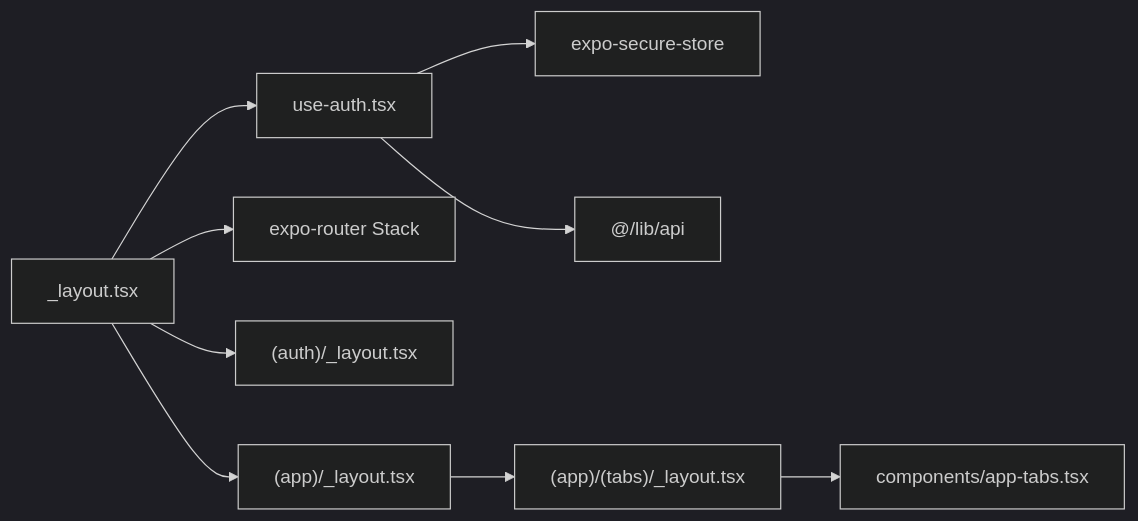
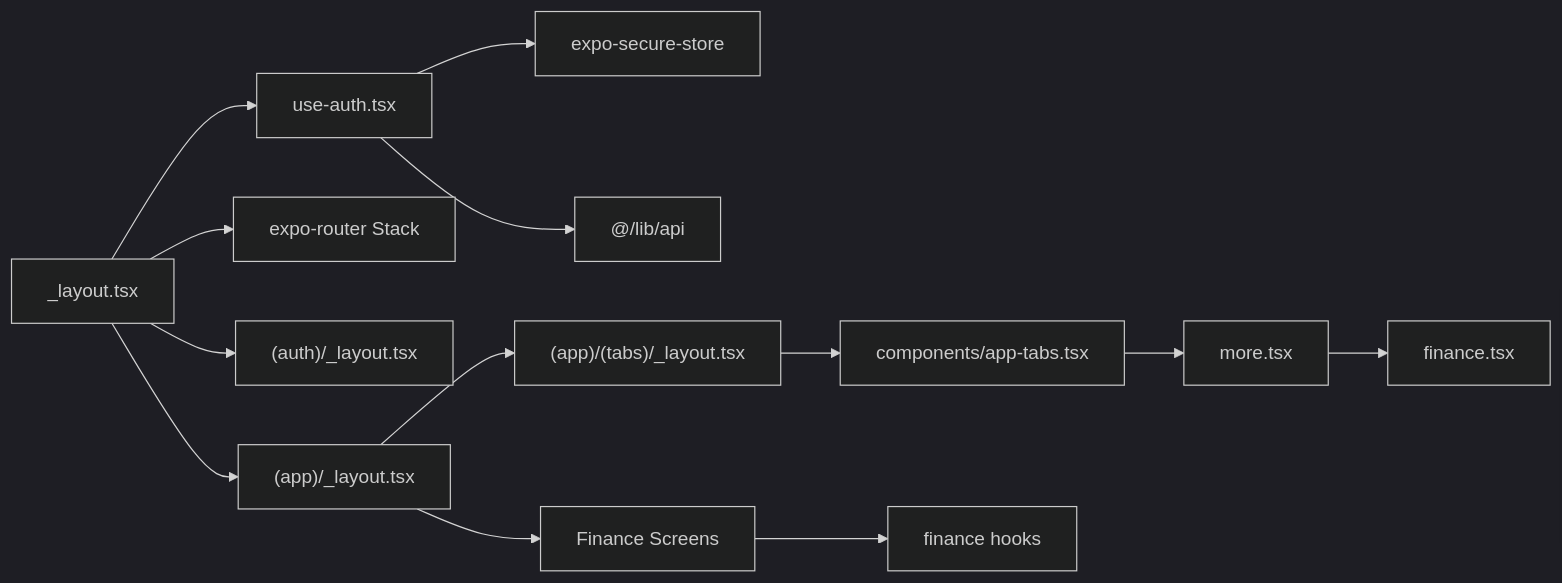
Before and after one commit to Muhammad-Masood/tijarah-ai-app: the eighth of 8 diagrams in .qoder/repowiki/en/content/Architecture Overview/Navigation Architecture.md, drawn with Mermaid (dark theme). The commit also changed other lines of this file and 25 other files, not shown here.

````diff
--- a/.qoder/repowiki/en/content/Architecture Overview/Navigation Architecture.md
+++ b/.qoder/repowiki/en/content/Architecture Overview/Navigation Architecture.md
@@ -277,11 +370,15 @@
 ```mermaid
 graph LR
 Root["_layout.tsx"] --> AuthProvider["use-auth.tsx"]
 Root --> Stack["expo-router Stack"]
 AuthProvider --> SecureStore["expo-secure-store"]
 AuthProvider --> API["@/lib/api"]
 Root --> AuthGroup["(auth)/_layout.tsx"]
 Root --> AppGroup["(app)/_layout.tsx"]
 AppGroup --> TabsGroup["(app)/(tabs)/_layout.tsx"]
+AppGroup --> FinanceModule["Finance Screens"]
 TabsGroup --> TabsComp["components/app-tabs.tsx"]
+TabsComp --> MoreTab["more.tsx"]
+MoreTab --> FinanceEntry["finance.tsx"]
+FinanceModule --> FinanceHooks["finance hooks"]
 ```
````
